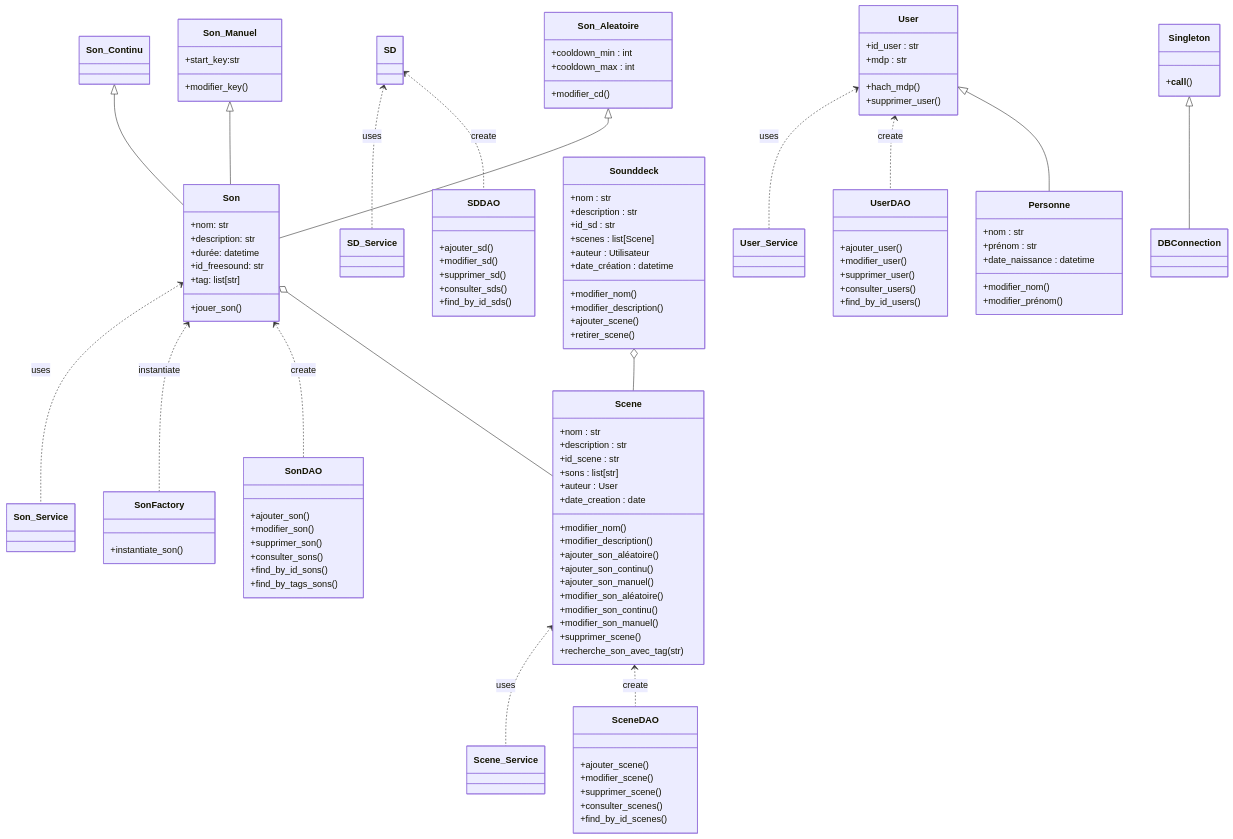
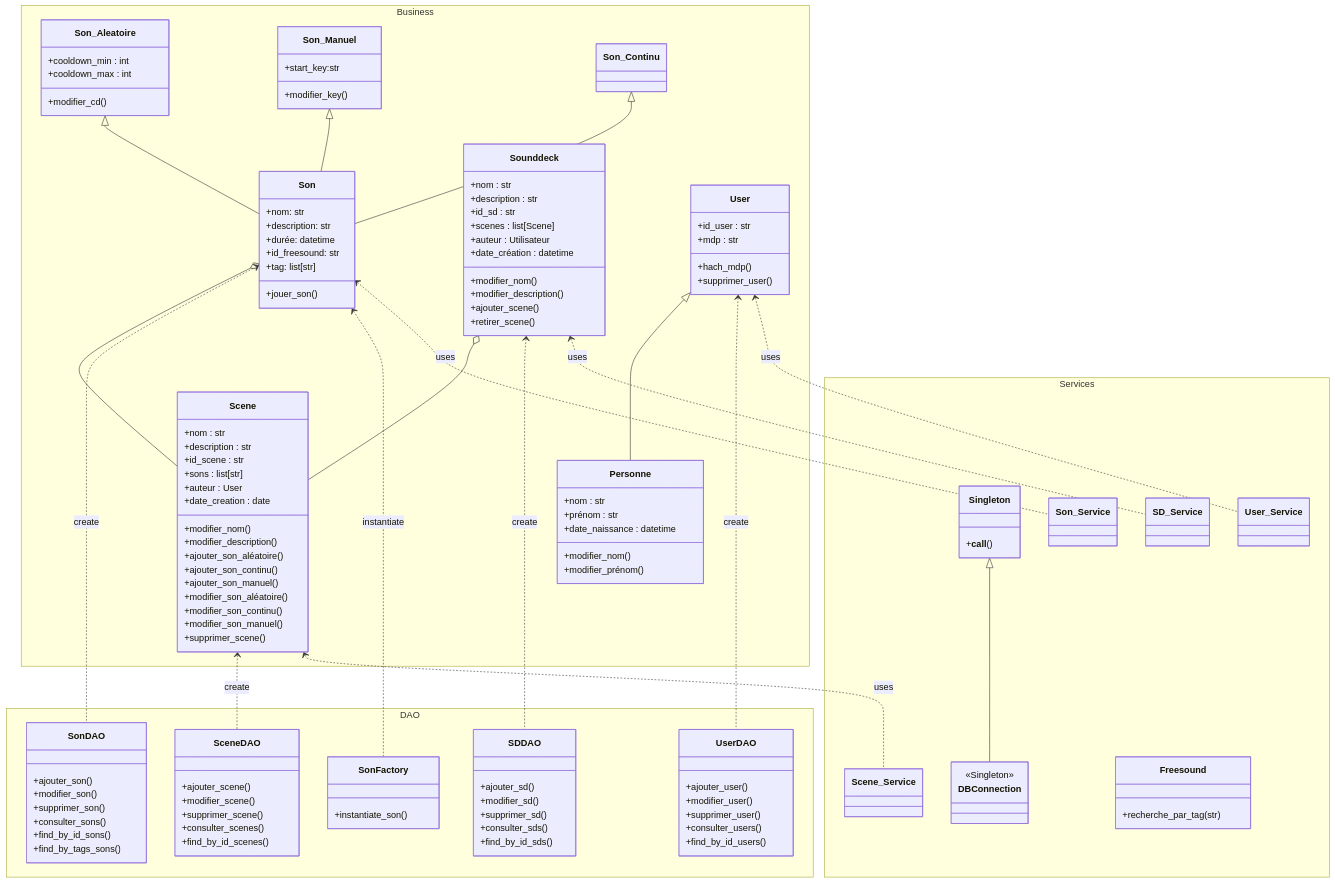
One commit to DatAlex987/Projet_info_2A_groupe4 changed the diagram in doc/diagramme_classes.md. Above: the diagram before and after it, drawn with Mermaid.

Commit message:
modif esthétiques diagramme de classes

````diff
--- a/doc/diagramme_classes.md
+++ b/doc/diagramme_classes.md
@@ -2,6 +2,7 @@
 classDiagram
 
 %% Classes DAO
+namespace DAO {
     class SonDAO {
         +ajouter_son()
         +modifier_son()
@@ -38,8 +39,9 @@
     class SonFactory {
         +instantiate_son()
     }
-
+}
 %% Classes OBJET
+namespace Business {
     class Son {
         +nom: str
         +description: str
@@ -79,7 +81,6 @@
         +modifier_son_continu()
         +modifier_son_manuel()
         +supprimer_scene()
-        +recherche_son_avec_tag(str)
     }
 
     class Sounddeck {
@@ -109,32 +110,33 @@
         +hach_mdp()
         +supprimer_user()
     }
-
+}
 %% Classes Services
-
+namespace Services {
     class Singleton{
         +__call__()
     }
 
     class DBConnection{
+    <<Singleton>>
     }
 
     class Son_Service{
-
     }
 
     class User_Service{
-
     }
 
     class Scene_Service{
-
     }
 
     class SD_Service{
-
     }
 
+    class Freesound{
+        +recherche_par_tag(str)
+    }
+}
     %%Liens Objets
     Son_Aleatoire <|-- Son
     Son_Manuel <|-- Son
@@ -147,14 +149,14 @@
     User <.. UserDAO : create
     Son <.. SonDAO : create
     Scene <.. SceneDAO : create
-    SD <.. SDDAO : create
+    Sounddeck <.. SDDAO : create
     Son <.. SonFactory : instantiate
 
     %%Liens Services
     Singleton <|-- DBConnection
     Son <.. Son_Service : uses
     Scene <.. Scene_Service : uses
-    SD <.. SD_Service : uses
+    Sounddeck <.. SD_Service : uses
     User <.. User_Service : uses
 
 ```
````
